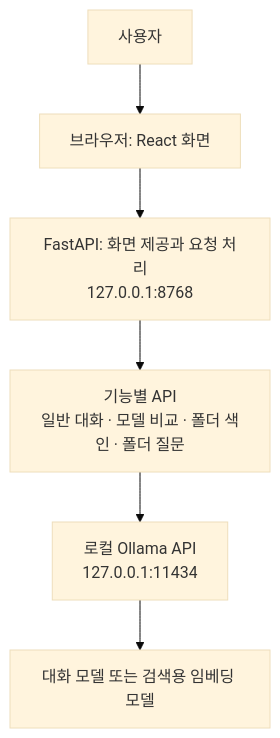
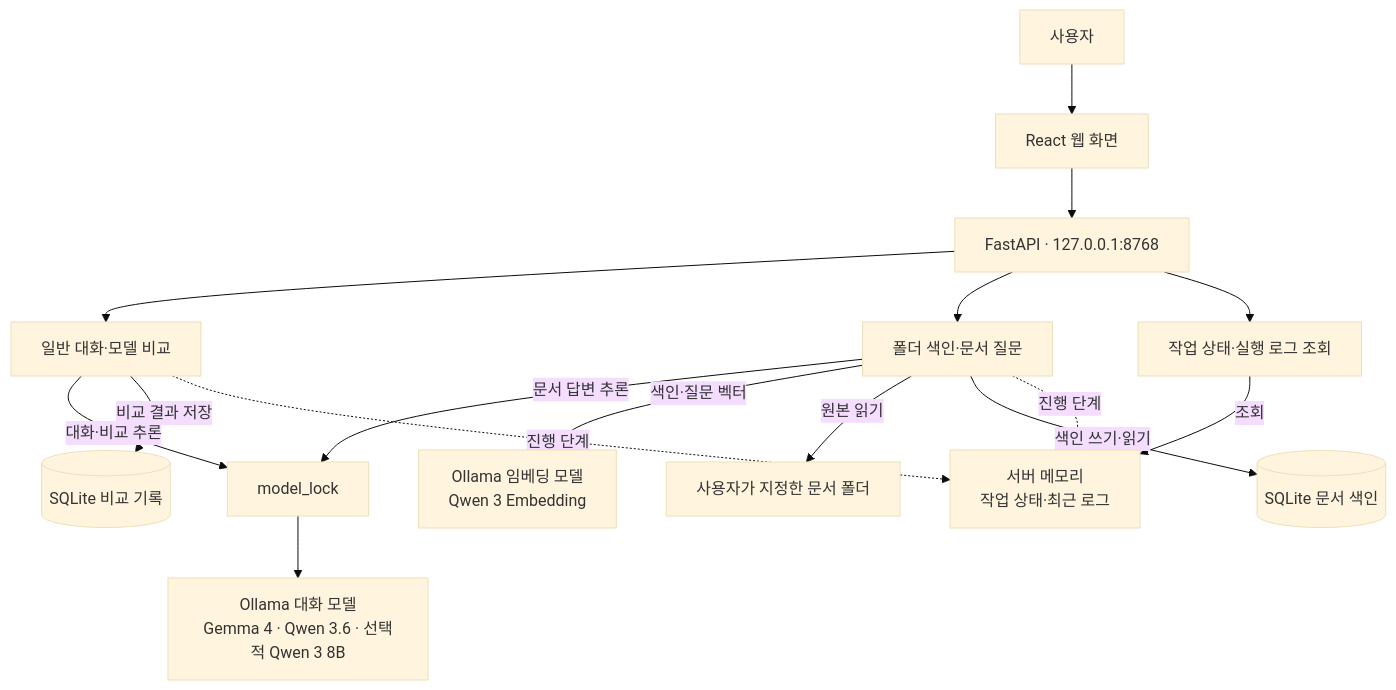
Before and after one commit to zidudu/26_-AI-: the first of 3 diagrams in 20261001_local_ai_workbench_v0.1/README.md, drawn with Mermaid (base theme). The commit also changed other lines of this file and 2 other files, not shown here.

````diff
--- a/20261001_local_ai_workbench_v0.1/README.md
+++ b/20261001_local_ai_workbench_v0.1/README.md
@@ -35,11 +37,22 @@
 ```mermaid
 flowchart TB
-    U["사용자"]
-    B["브라우저: React 화면"]
-    A["FastAPI: 화면 제공과 요청 처리<br/>127.0.0.1:8768"]
-    R["기능별 API<br/>일반 대화 · 모델 비교 · 폴더 색인 · 폴더 질문"]
-    O["로컬 Ollama API<br/>127.0.0.1:11434"]
-    M["대화 모델 또는 검색용 임베딩 모델"]
+    U["사용자"] --> W["React 웹 화면"]
+    W --> API["FastAPI · 127.0.0.1:8768"]
 
-    U --> B --> A --> R --> O --> M
+    API --> C["일반 대화·모델 비교"]
+    API --> F["폴더 색인·문서 질문"]
+    API --> L["작업 상태·실행 로그 조회"]
+
+    C -->|대화·비교 추론| ML["model_lock"]
+    F -->|문서 답변 추론| ML
+    ML --> CM["Ollama 대화 모델<br/>Gemma 4 · Qwen 3.6 · 선택적 Qwen 3 8B"]
+
+    F -->|색인·질문 벡터| EM["Ollama 임베딩 모델<br/>Qwen 3 Embedding"]
+    F -->|원본 읽기| DOC["사용자가 지정한 문서 폴더"]
+    F -->|색인 쓰기·읽기| IDX[("SQLite 문서 색인")]
+    C -->|비교 결과 저장| HIS[("SQLite 비교 기록")]
+
+    C -.->|진행 단계| ACT["서버 메모리<br/>작업 상태·최근 로그"]
+    F -.->|진행 단계| ACT
+    L -->|조회| ACT
 ```
````
